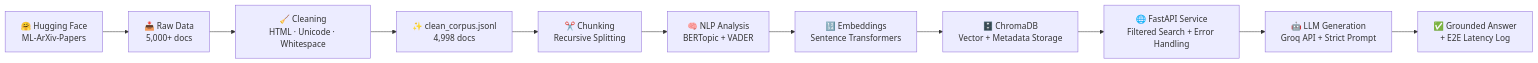
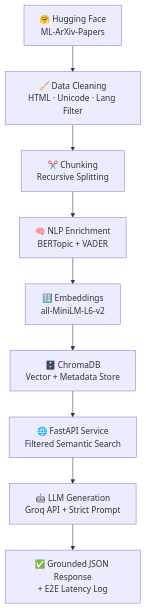
One commit to danishbhi29/parallax-rag-knowledge-extractor changed the diagram in README.md. Above: the diagram before and after it, drawn with Mermaid. The commit also changed other lines of this file and 1 other file, not shown here.

Commit message:
Week 6: Final polish, added comprehensive README, benchmarks, and architecture diagrams

````diff
--- a/README.md
+++ b/README.md
@@ -66,13 +37,11 @@
 ```mermaid
-flowchart LR
-    A[🤗 Hugging Face<br/>ML-ArXiv-Papers] --> B[📥 Raw Data<br/>5,000+ docs]
-    B --> C[🧹 Cleaning<br/>HTML · Unicode · Whitespace]
-    C --> D[✨ clean_corpus.jsonl<br/>4,998 docs]
-    D --> E[✂️ Chunking<br/>Recursive Splitting]
-    E --> F[🧠 NLP Analysis<br/>BERTopic + VADER]
-    F --> G[🔢 Embeddings<br/>Sentence Transformers]
-    G --> H[🗄️ ChromaDB<br/>Vector + Metadata Storage]
-    H --> I[🌐 FastAPI Service<br/>Filtered Search + Error Handling]
-    I --> J[🤖 LLM Generation<br/>Groq API + Strict Prompt]
-    J --> K[✅ Grounded Answer<br/>+ E2E Latency Log]
+flowchart TD
+    A[🤗 Hugging Face<br/>ML-ArXiv-Papers] --> B[🧹 Data Cleaning<br/>HTML · Unicode · Lang Filter]
+    B --> C[✂️ Chunking<br/>Recursive Splitting]
+    C --> D[🧠 NLP Enrichment<br/>BERTopic + VADER]
+    D --> E[🔢 Embeddings<br/>all-MiniLM-L6-v2]
+    E --> F[🗄️ ChromaDB<br/>Vector + Metadata Store]
+    F --> G[🌐 FastAPI Service<br/>Filtered Semantic Search]
+    G --> H[🤖 LLM Generation<br/>Groq API + Strict Prompt]
+    H --> I[✅ Grounded JSON Response<br/>+ E2E Latency Log]
 ```
````
